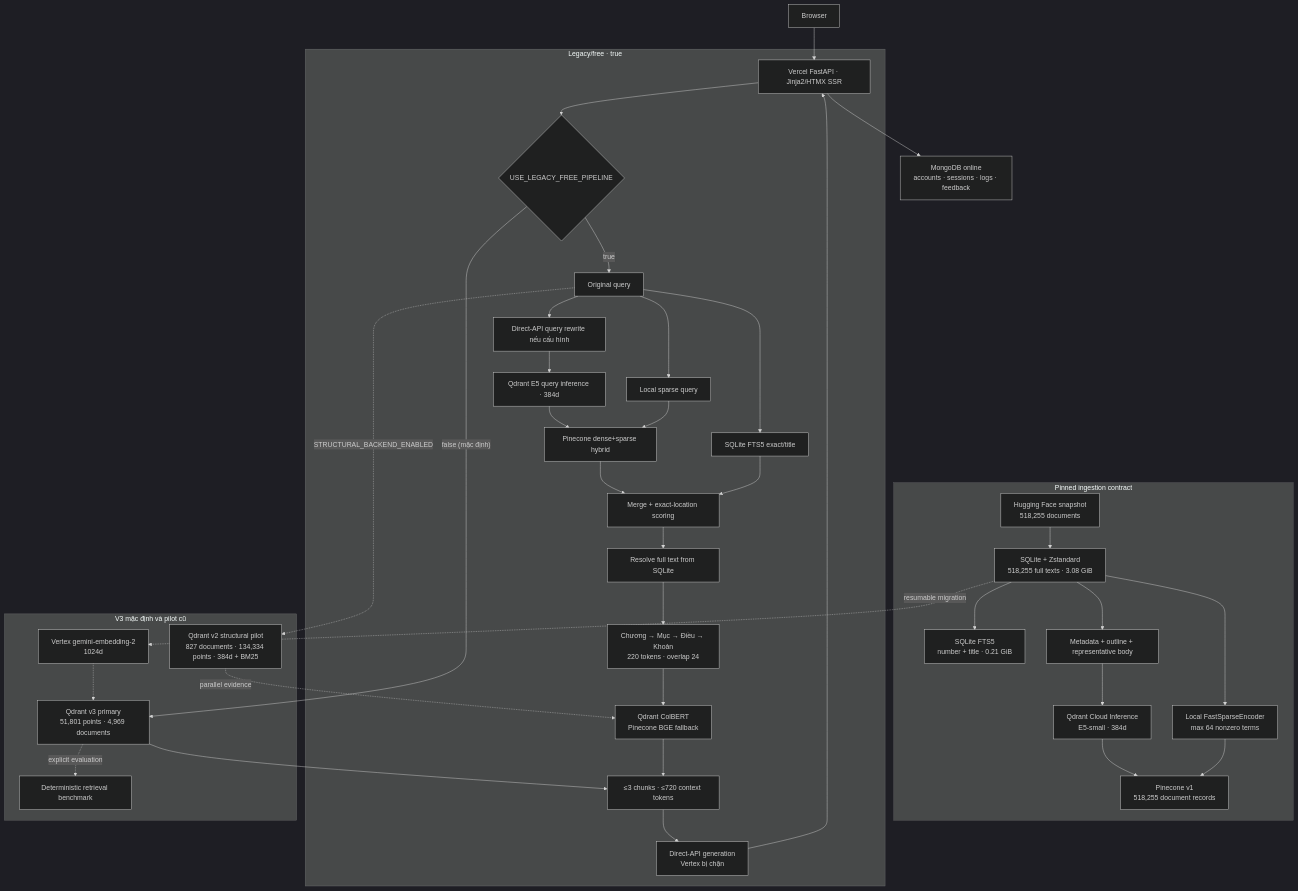
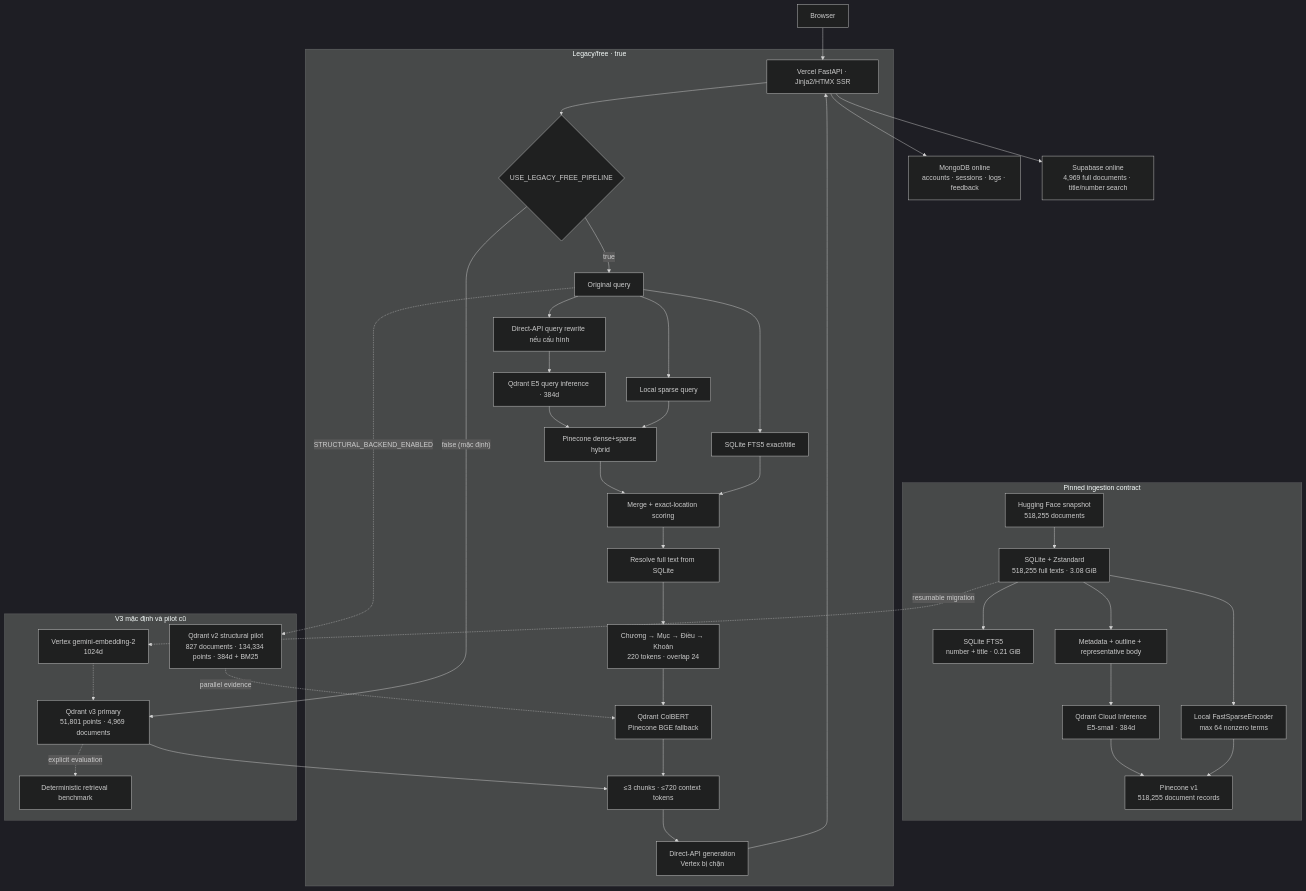
One commit to TanNguyen234/VietLex-Tech-Spec changed the diagram in README.md. Above: the diagram before and after it, drawn with Mermaid (dark theme). The commit also changed other lines of this file and 7 other files, not shown here.

````diff
--- a/README.md
+++ b/README.md
@@ -61,44 +61,45 @@
 ```mermaid
 flowchart TB
     User["Browser"] --> Web["Vercel FastAPI · Jinja2/HTMX SSR"]
     Web --> Mongo["MongoDB online<br/>accounts · sessions · logs · feedback"]
+    Web --> Supabase["Supabase online<br/>4,969 full documents · title/number search"]
 
     subgraph Ingest["Pinned ingestion contract"]
         Corpus["Hugging Face snapshot<br/>518,255 documents"] --> Store["SQLite + Zstandard<br/>518,255 full texts · 3.08 GiB"]
         Store --> FTSBuild["SQLite FTS5<br/>number + title · 0.21 GiB"]
         Store --> DocRepresentation["Metadata + outline + representative body"]
         DocRepresentation --> E5Ingest["Qdrant Cloud Inference<br/>E5-small · 384d"]
         Store --> SparseIngest["Local FastSparseEncoder<br/>max 64 nonzero terms"]
         E5Ingest --> PCV1["Pinecone v1<br/>518,255 document records"]
         SparseIngest --> PCV1
     end
 
     Web --> Selector{"USE_LEGACY_FREE_PIPELINE"}
     subgraph Runtime["Legacy/free · true"]
         Selector -- "true" --> Query["Original query"]
         Query --> Rewrite["Direct-API query rewrite nếu cấu hình"]
         Rewrite --> DenseQ["Qdrant E5 query inference · 384d"]
         Query --> SparseQ["Local sparse query"]
         Query --> FTS["SQLite FTS5 exact/title"]
         DenseQ --> Hybrid["Pinecone dense+sparse hybrid"]
         SparseQ --> Hybrid
         Hybrid --> Merge["Merge + exact-location scoring"]
         FTS --> Merge
         Merge --> Resolve["Resolve full text from SQLite"]
         Resolve --> Chunk["Chương → Mục → Điều → Khoản<br/>220 tokens · overlap 24"]
         Chunk --> Rerank["Qdrant ColBERT<br/>Pinecone BGE fallback"]
         Rerank --> Evidence["≤3 chunks · ≤720 context tokens"]
         Evidence --> Generate["Direct-API generation<br/>Vertex bị chặn"]
         Generate --> Web
     end
 
     subgraph Optional["V3 mặc định và pilot cũ"]
         Query -. "STRUCTURAL_BACKEND_ENABLED" .-> QV2["Qdrant v2 structural pilot<br/>827 documents · 134,334 points · 384d + BM25"]
         QV2 -. "parallel evidence" .-> Rerank
         Store -. "resumable migration" .-> Embed2["Vertex gemini-embedding-2<br/>1024d"]
         Embed2 -.-> QV3["Qdrant v3 primary<br/>51,801 points · 4,969 documents"]
         Selector -- "false (mặc định)" --> QV3
         QV3 --> Evidence
         QV3 -. "explicit evaluation" .-> Audit["Deterministic retrieval benchmark"]
     end
 ```
````
